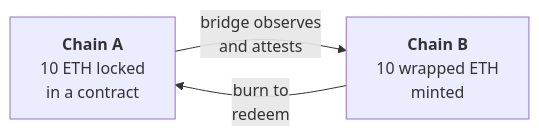
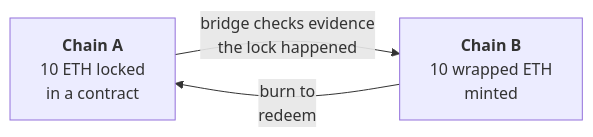
Before and after one commit to Blockchain-NTU-SG/academy-handbook: the diagram in docs/foundation/week-2/part-5-l1-l2-and-bridges.md, drawn with Mermaid. The commit also changed other lines of this file and 25 other files, not shown here.

````diff
--- a/docs/foundation/week-2/part-5-l1-l2-and-bridges.md
+++ b/docs/foundation/week-2/part-5-l1-l2-and-bridges.md
@@ -270,5 +272,5 @@
 ```mermaid
 flowchart LR
-  A["<b>Chain A</b><br/>10 ETH locked<br/>in a contract"] -->|"bridge observes<br/>and attests"| B["<b>Chain B</b><br/>10 wrapped ETH<br/>minted"]
+  A["<b>Chain A</b><br/>10 ETH locked<br/>in a contract"] -->|"bridge checks evidence<br/>the lock happened"| B["<b>Chain B</b><br/>10 wrapped ETH<br/>minted"]
   B -->|"burn to<br/>redeem"| A
 ```
````
